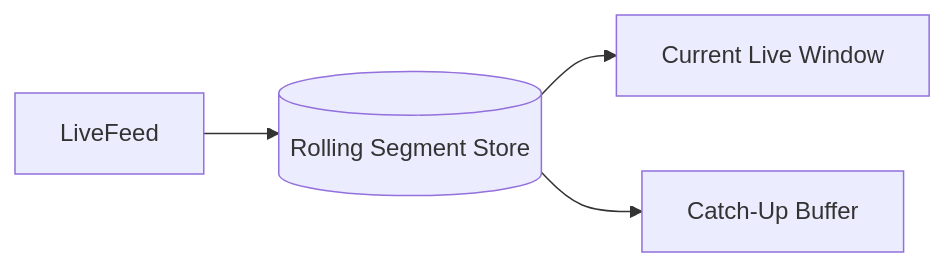
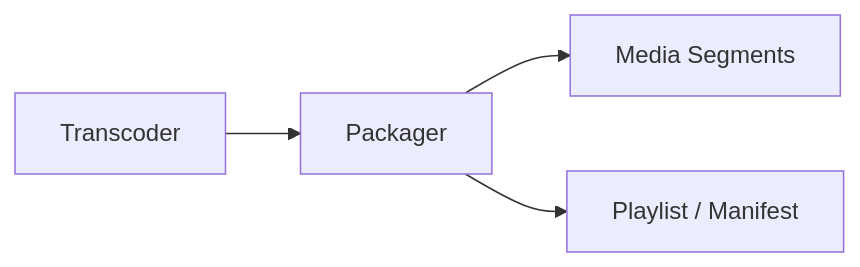
Before and after one commit to gojosatoru123-ux/CacheU: the fourth of 16 diagrams in src/content/design-a-live-streaming-service.md, drawn with Mermaid. The commit also changed other lines of this file and 13 other files, not shown here.

````diff
--- a/src/content/design-a-live-streaming-service.md
+++ b/src/content/design-a-live-streaming-service.md
@@ -468,6 +409,6 @@
 ```mermaid
 flowchart LR
-    LiveFeed --> SegmentStore[(Rolling Segment Store)]
-    SegmentStore --> LiveWindow[Current Live Window]
-    SegmentStore --> DVRWindow[Catch-Up Buffer]
+    Transcoder --> Packager
+    Packager --> Segments[Media Segments]
+    Packager --> Manifest[Playlist / Manifest]
 ```
````
